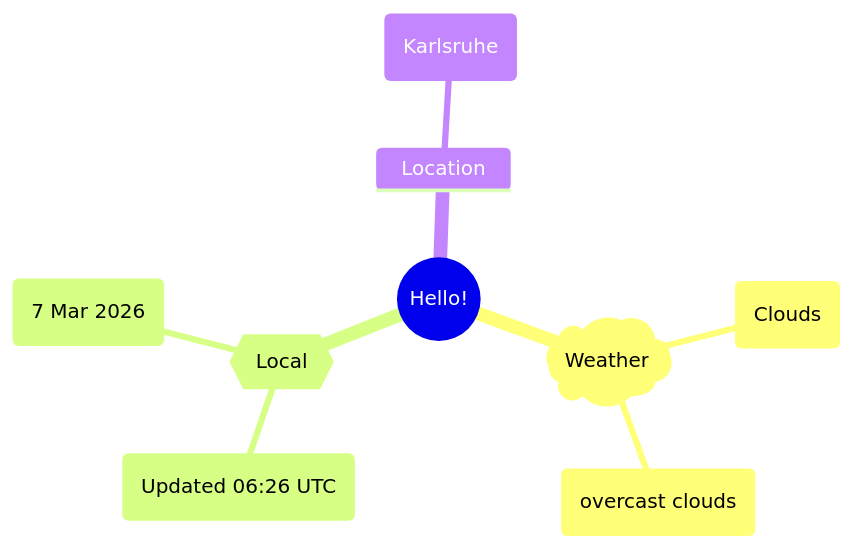
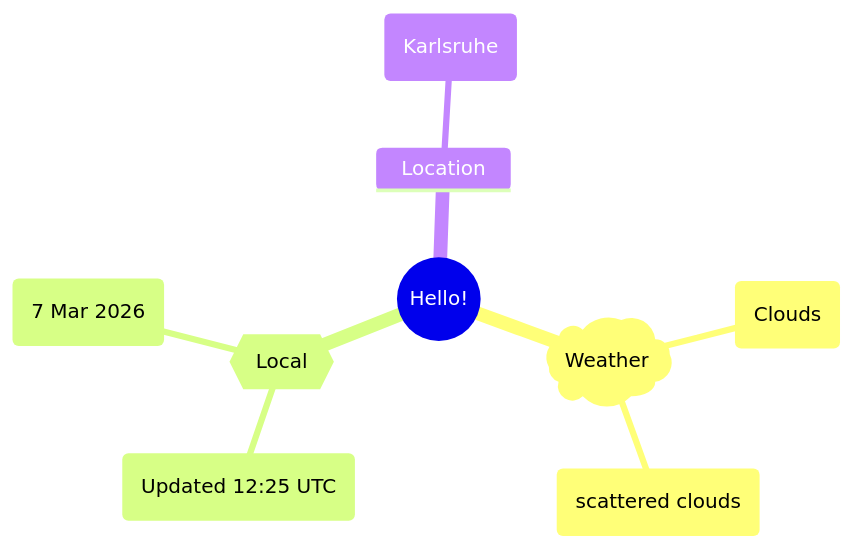
Before and after one commit to Xosrov/Xosrov: the first of 2 diagrams in README.md, drawn with Mermaid.

Commit message:
[bot] updated images

````diff
--- a/README.md
+++ b/README.md
@@ -3,12 +3,12 @@
 ```mermaid
 mindmap
   root((Hello!))
     )Weather(
         (Clouds)
-        (overcast clouds)
+        (scattered clouds)
     {{Local}}
-        (Updated 06:26 UTC)
+        (Updated 12:25 UTC)
         (7 Mar 2026)
     Location
         (Karlsruhe)
 ```
````
